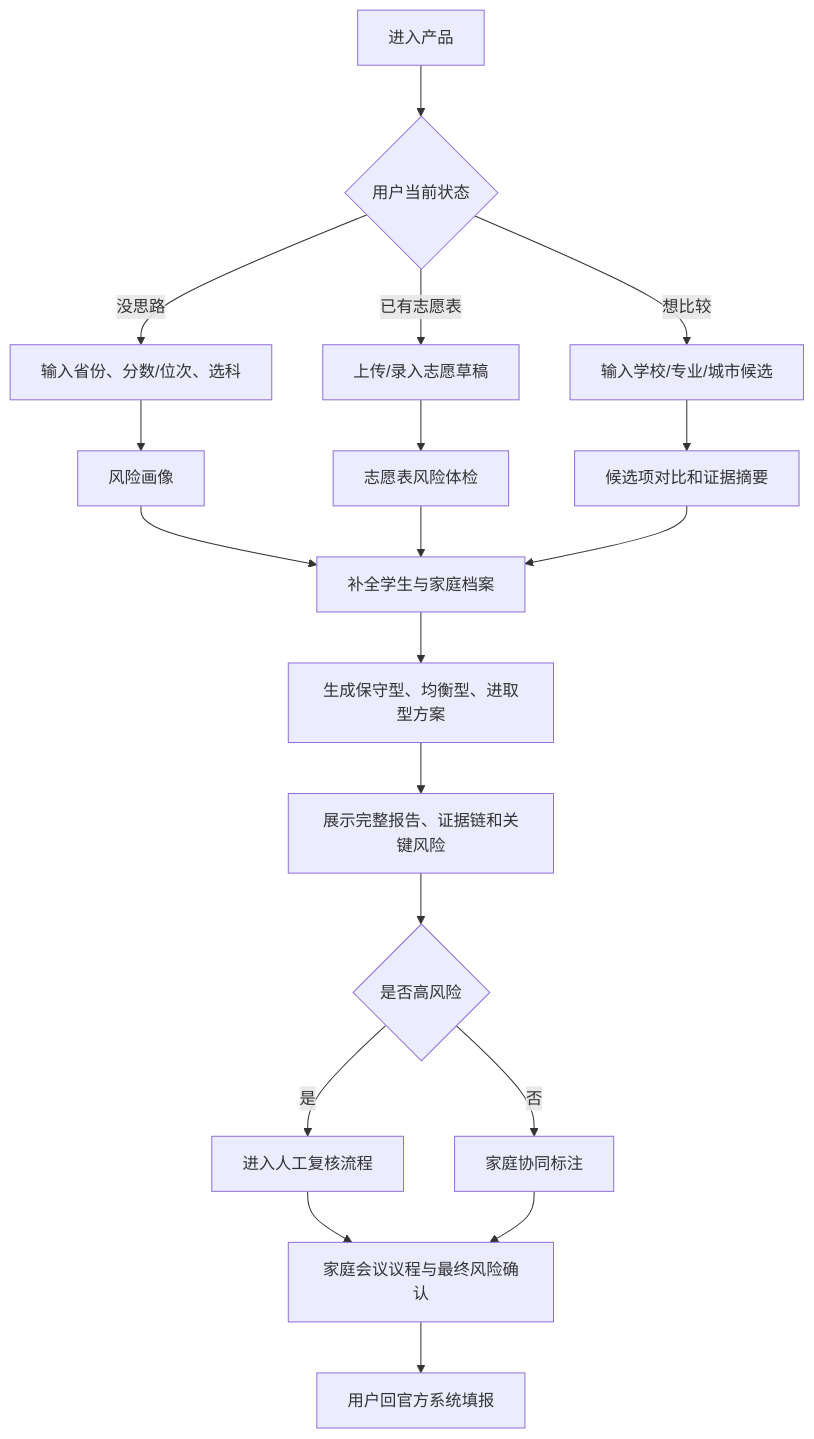
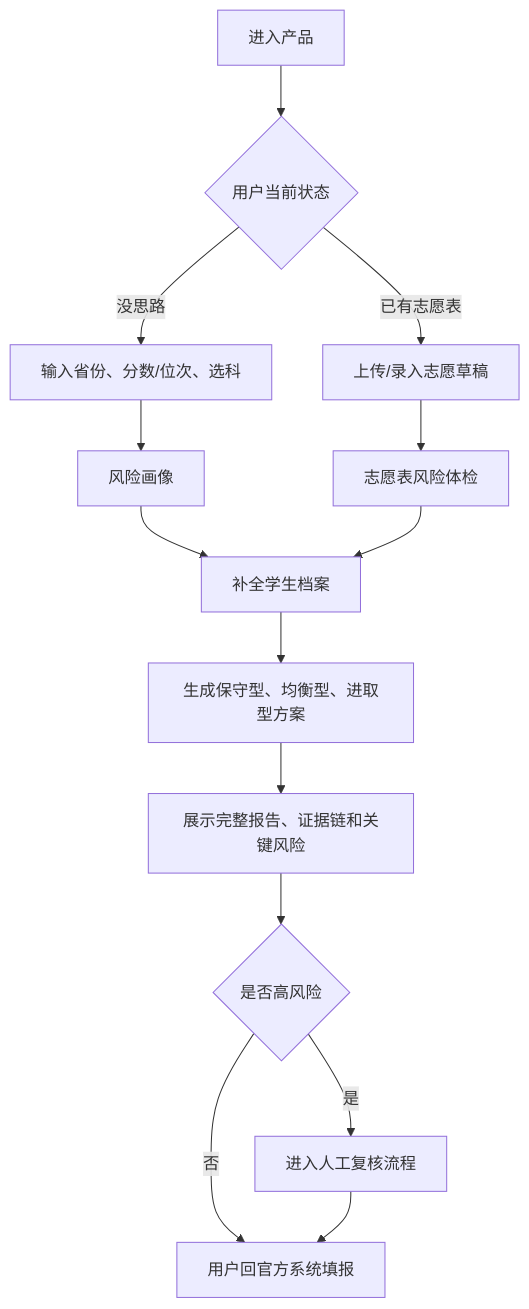
The first of 3 diagrams in README.md (debugzhao/jin-guide), drawn with Mermaid before and after one commit. The commit also changed other lines of this file and 2 other files, not shown here.

````diff
--- a/README.md
+++ b/README.md
@@ -153,21 +154,16 @@
 ```mermaid
 flowchart TD
   A["进入产品"] --> B{"用户当前状态"}
   B -- "没思路" --> C["输入省份、分数/位次、选科"]
   B -- "已有志愿表" --> D["上传/录入志愿草稿"]
-  B -- "想比较" --> E["输入学校/专业/城市候选"]
   C --> F["风险画像"]
   D --> G["志愿表风险体检"]
-  E --> H["候选项对比和证据摘要"]
-  F --> I["补全学生与家庭档案"]
+  F --> I["补全学生档案"]
   G --> I
-  H --> I
   I --> J["生成保守型、均衡型、进取型方案"]
   J --> K["展示完整报告、证据链和关键风险"]
   K --> L{"是否高风险"}
   L -- "是" --> M["进入人工复核流程"]
-  L -- "否" --> N["家庭协同标注"]
-  M --> O["家庭会议议程与最终风险确认"]
-  N --> O
-  O --> P["用户回官方系统填报"]
+  L -- "否" --> P["用户回官方系统填报"]
+  M --> P
 ```
````
